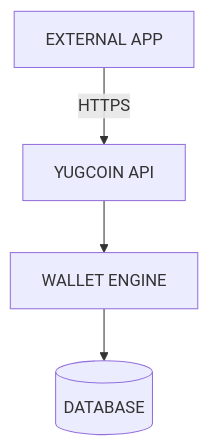
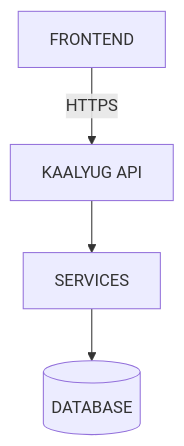
Before and after one commit to drj7zz/kaalyug: the second of 8 diagrams in README.md, drawn with Mermaid. The commit also changed other lines of this file and 40 other files, not shown here.

````diff
--- a/README.md
+++ b/README.md
@@ -291,6 +177,6 @@
 ```mermaid
 flowchart TD
-    A[EXTERNAL APP] -->|HTTPS| B[YUGCOIN API]
-    B --> C[WALLET ENGINE]
+    A[FRONTEND] -->|HTTPS| B[KAALYUG API]
+    B --> C[SERVICES]
     C --> D[(DATABASE)]
 ```
````
